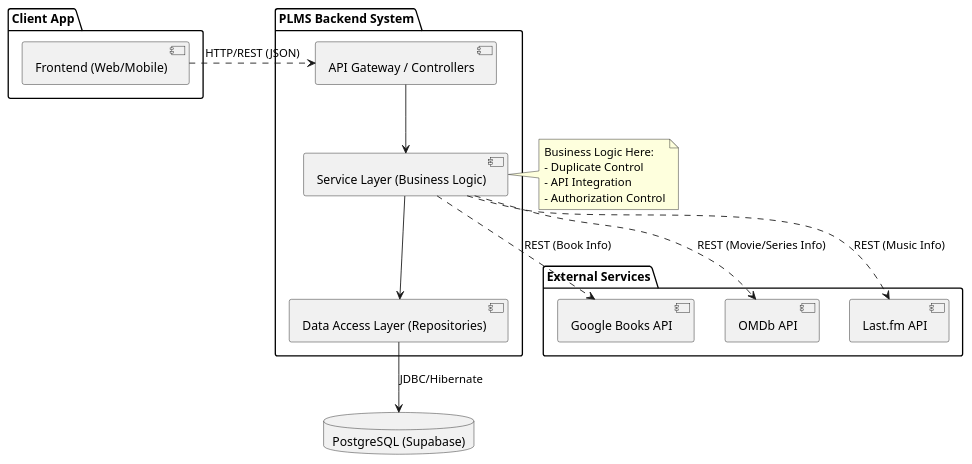
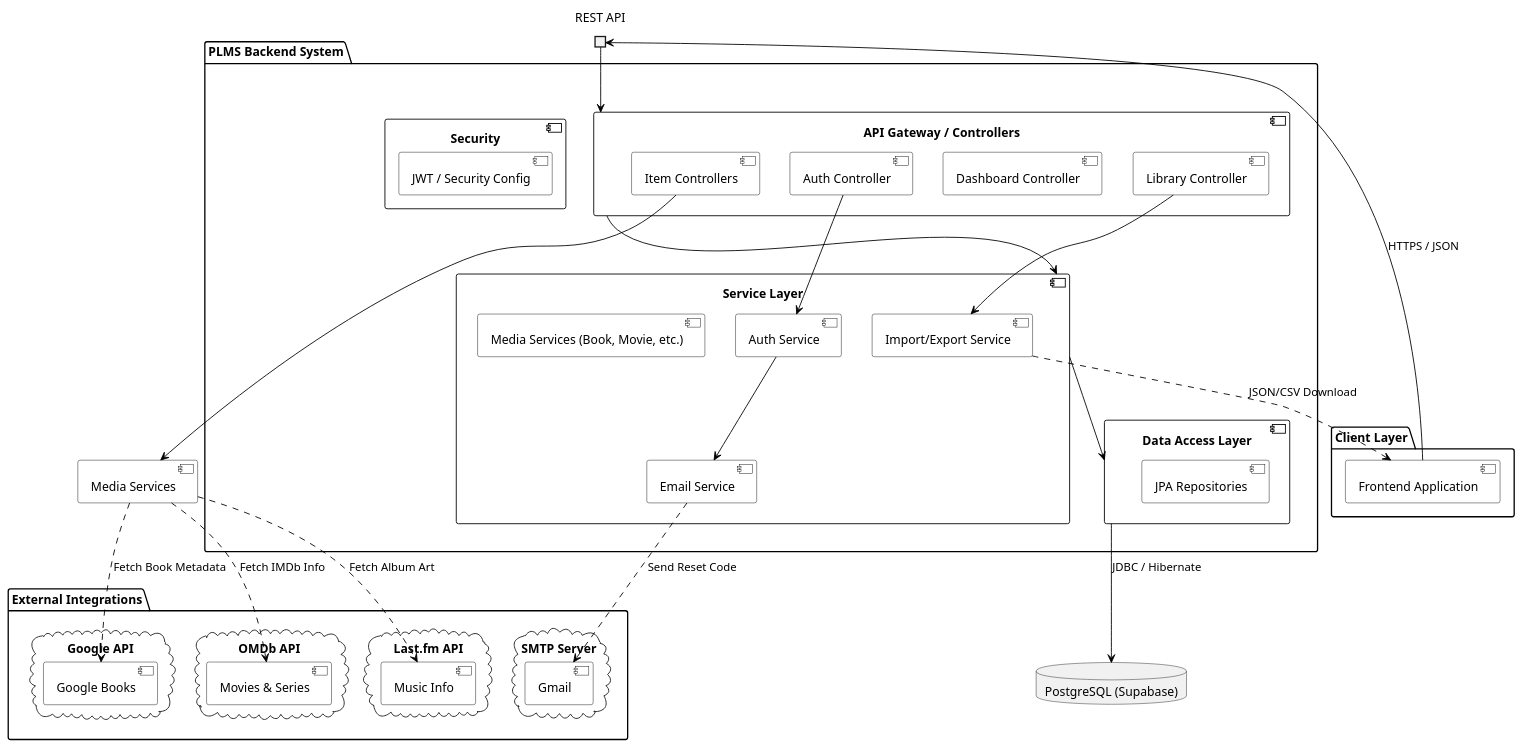
Before and after one commit to sixfinger10/CSE443-Object-Oriented-Analysis-And-Design: the diagram in docs/diagrams/plms-component-diagram.puml, drawn with PlantUML. The commit also changed 1 other file, not shown here.

Commit message:
docs: Class diagrams have been updated according to the latest changes.

```diff
--- a/docs/diagrams/plms-component-diagram.puml
+++ b/docs/diagrams/plms-component-diagram.puml
@@ -1,41 +1,78 @@
 @startuml
+skinparam componentStyle uml2
+skinparam component {
+  BackgroundColor White
+  BorderColor Black
+  ArrowColor Black
+}
 
-skinparam componentStyle uml2
-
-package "Client App" {
-    [Frontend (Web/Mobile)] as Frontend
+package "Client Layer" {
+    [Frontend Application] as Client
 }
 
 package "PLMS Backend System" {
-    [API Gateway / Controllers] as Controllers
-    [Service Layer (Business Logic)] as Services
-    [Data Access Layer (Repositories)] as Repositories
+
+    port "REST API" as Port1
+
+    component "API Gateway / Controllers" as Controllers {
+       [Auth Controller]
+       [Dashboard Controller]
+       [Library Controller]
+       [Item Controllers]
+    }
+
+    component "Service Layer" as Services {
+       [Auth Service]
+       [Import/Export Service]
+       [Email Service]
+       [Media Services (Book, Movie, etc.)]
+    }
+
+    component "Data Access Layer" as DAL {
+       [JPA Repositories]
+    }
+
+    component "Security" {
+       [JWT / Security Config]
+    }
 }
 
 database "PostgreSQL (Supabase)" as DB
 
-package "External Services" {
-    [Google Books API] as GoogleAPI
-    [OMDb API] as OMDbAPI
-    [Last.fm API] as LastFmAPI
+package "External Integrations" {
+    cloud "Google API" {
+        [Google Books]
+    }
+    cloud "OMDb API" {
+        [Movies & Series]
+    }
+    cloud "Last.fm API" {
+        [Music Info]
+    }
+    cloud "SMTP Server" {
+        [Gmail]
+    }
 }
 
-' Bağlantılar
-Frontend .> Controllers : HTTP/REST (JSON)
+' İç Bağlantılar
+Client --> Port1 : HTTPS / JSON
+Port1 --> Controllers
 Controllers --> Services
-Services --> Repositories
-Repositories --> DB : JDBC/Hibernate
+Services --> DAL
+DAL --> DB : JDBC / Hibernate
 
-' Dış Servis Bağlantıları
-Services ..> GoogleAPI : REST (Book Info)
-Services ..> OMDbAPI : REST (Movie/Series Info)
-Services ..> LastFmAPI : REST (Music Info)
+' Servis Detayları
+[Auth Controller] --> [Auth Service]
+[Auth Service] --> [Email Service]
+[Library Controller] --> [Import/Export Service]
+[Item Controllers] --> [Media Services]
 
-note right of Services
-    Business Logic Here:
-    - Duplicate Control
-    - API Integration
-    - Authorization Control
-end note
+' Dış Bağlantılar
+[Media Services] ..> [Google Books] : Fetch Book Metadata
+[Media Services] ..> [Movies & Series] : Fetch IMDb Info
+[Media Services] ..> [Music Info] : Fetch Album Art
+[Email Service] ..> [Gmail] : Send Reset Code
+
+[Import/Export Service] ..> Client : JSON/CSV Download
 
 @enduml
```
